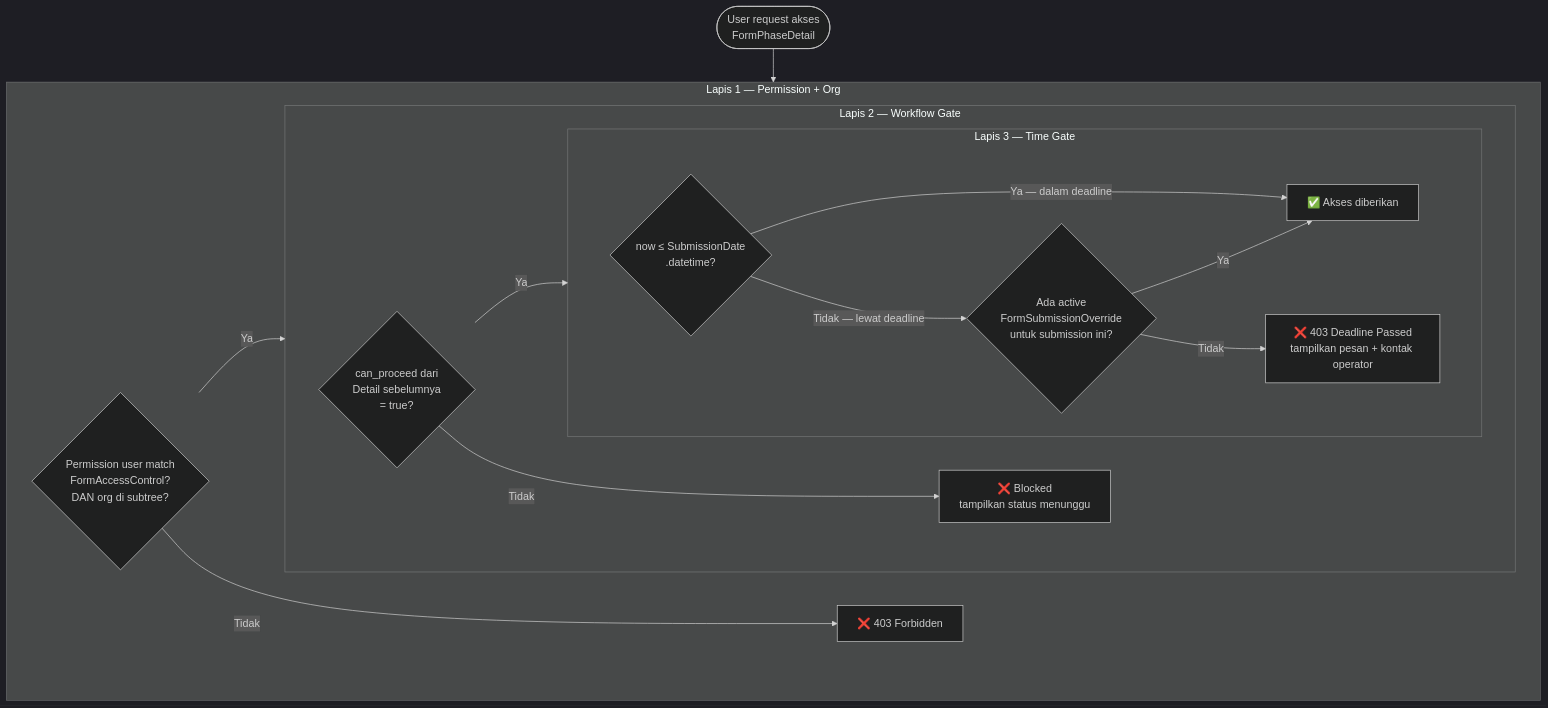
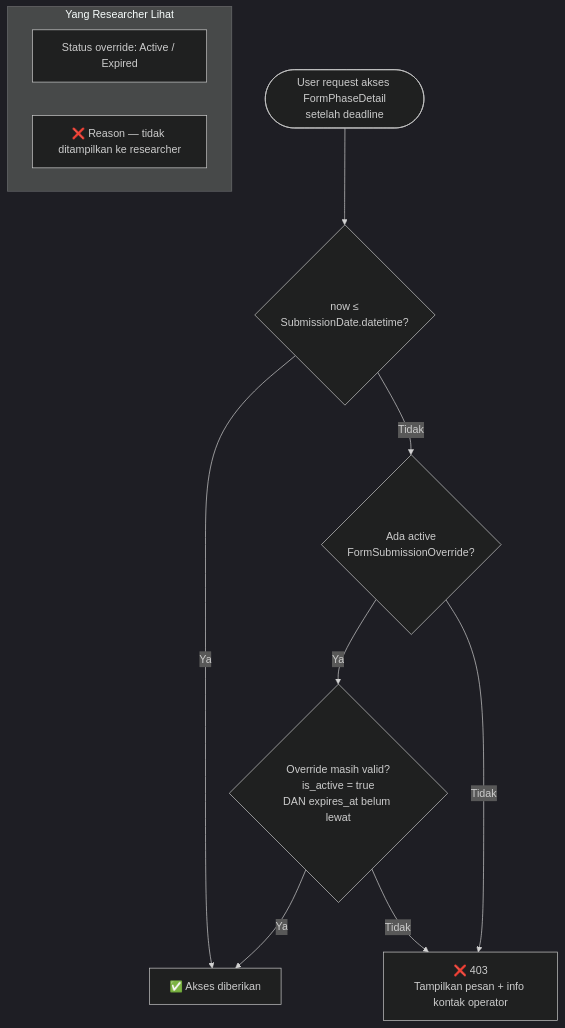
One commit to nas11ai/sim-kerjasama-itk changed the third of 5 diagrams in docs/requirement-analysis/ddd/generic/01_form_engine.md. Above: the diagram before and after it, drawn with Mermaid (dark theme). The commit also changed other lines of this file and 12 other files, not shown here.

````diff
--- a/docs/requirement-analysis/ddd/generic/01_form_engine.md
+++ b/docs/requirement-analysis/ddd/generic/01_form_engine.md
@@ -70,24 +51,15 @@
 ```mermaid
 flowchart TD
-    START([User request akses<br/>FormPhaseDetail]) --> L1
+    START([User request akses FormPhaseDetail<br/>setelah deadline]) --> A{now ≤<br/>SubmissionDate.datetime?}
+    A -->|Ya| ALLOW[✅ Akses diberikan]
+    A -->|Tidak| B{Ada active<br/>FormSubmissionOverride?}
+    B -->|Ya| C{Override masih valid?<br/>is_active = true<br/>DAN expires_at belum lewat}
+    C -->|Ya| ALLOW
+    C -->|Tidak| DENY
+    B -->|Tidak| DENY[❌ 403<br/>Tampilkan pesan + info kontak operator]
 
-    subgraph L1["Lapis 1 — Permission + Org"]
-        A{Permission user match<br/>FormAccessControl?<br/>DAN org di subtree?}
-        A -->|Tidak| DENY1[❌ 403 Forbidden]
-        A -->|Ya| L2
-    end
-
-    subgraph L2["Lapis 2 — Workflow Gate"]
-        B{can_proceed dari<br/>Detail sebelumnya<br/>= true?}
-        B -->|Tidak| DENY2[❌ Blocked<br/>tampilkan status menunggu]
-        B -->|Ya| L3
-    end
-
-    subgraph L3["Lapis 3 — Time Gate"]
-        C{now ≤ SubmissionDate<br/>.datetime?}
-        C -->|Ya — dalam deadline| ALLOW[✅ Akses diberikan]
-        C -->|Tidak — lewat deadline| D{Ada active<br/>FormSubmissionOverride<br/>untuk submission ini?}
-        D -->|Ya| ALLOW
-        D -->|Tidak| DENY3[❌ 403 Deadline Passed<br/>tampilkan pesan + kontak operator]
+    subgraph RESEARCHER_VIEW["Yang Researcher Lihat"]
+        V1[Status override: Active / Expired]
+        V2[❌ Reason — tidak ditampilkan ke researcher]
     end
 ```
````
